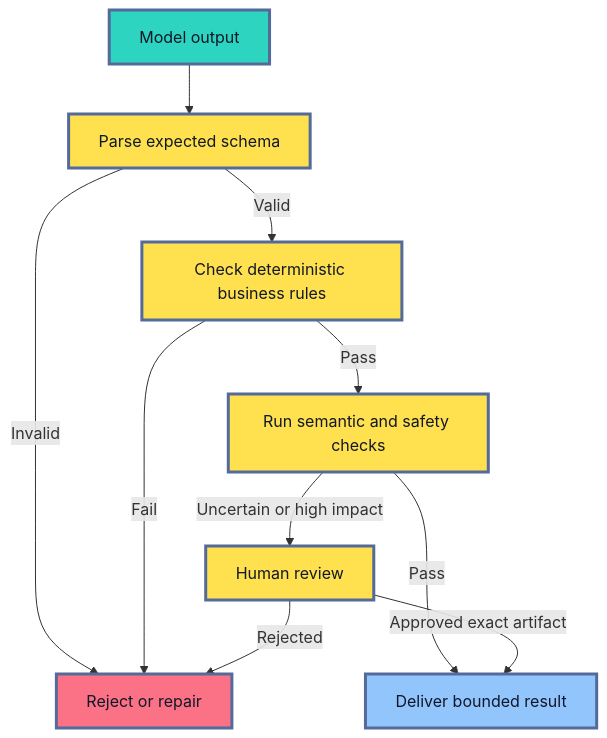
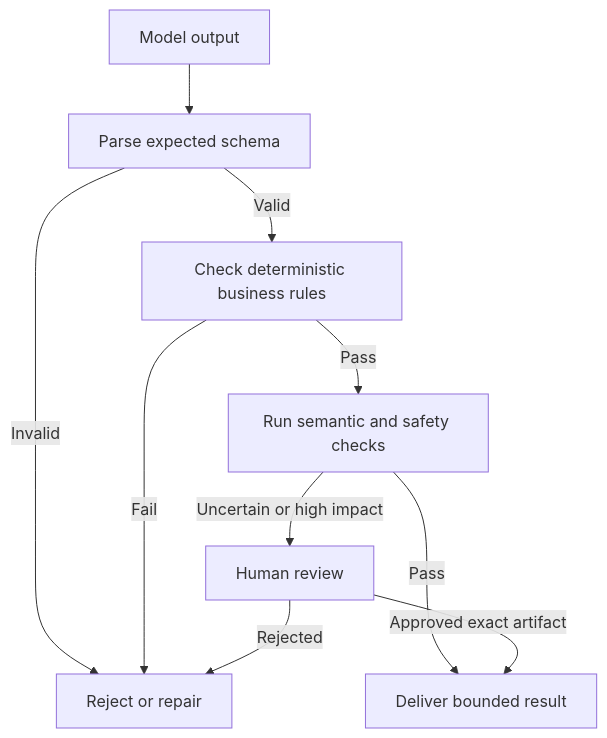
The third of 4 diagrams in roadmaps/mlops/modules/llmops/safety-and-governance/03-guardrails-and-risk.md (senlinyy/dev-roadmaps), drawn with Mermaid before and after one commit. The commit also changed other lines of this file and 152 other files, not shown here.

Commit message:
feat: mlops and diagrams updated

````diff
--- a/roadmaps/mlops/modules/llmops/safety-and-governance/03-guardrails-and-risk.md
+++ b/roadmaps/mlops/modules/llmops/safety-and-governance/03-guardrails-and-risk.md
@@ -173,21 +165,17 @@
 ```mermaid
 flowchart TD
     A["Model output"] --> B["Parse expected schema"]
     B -->|"Invalid"| G["Reject or repair"]
     B -->|"Valid"| C["Check deterministic business rules"]
     C -->|"Fail"| G
     C -->|"Pass"| D["Run semantic and safety checks"]
     D -->|"Uncertain or high impact"| E["Human review"]
     D -->|"Pass"| F["Deliver bounded result"]
     E -->|"Approved exact artifact"| F
     E -->|"Rejected"| G
 
-    classDef output fill:#2DD4BF,stroke:#536A9A,stroke-width:3px,color:#0F172A
-    classDef check fill:#FFE04F,stroke:#536A9A,stroke-width:3px,color:#111827
-    classDef success fill:#93C5FD,stroke:#536A9A,stroke-width:3px,color:#0F172A
-    classDef reject fill:#FB7185,stroke:#536A9A,stroke-width:3px,color:#111827
     class A output
     class B,C,D,E check
     class F success
     class G reject
 ```
````
